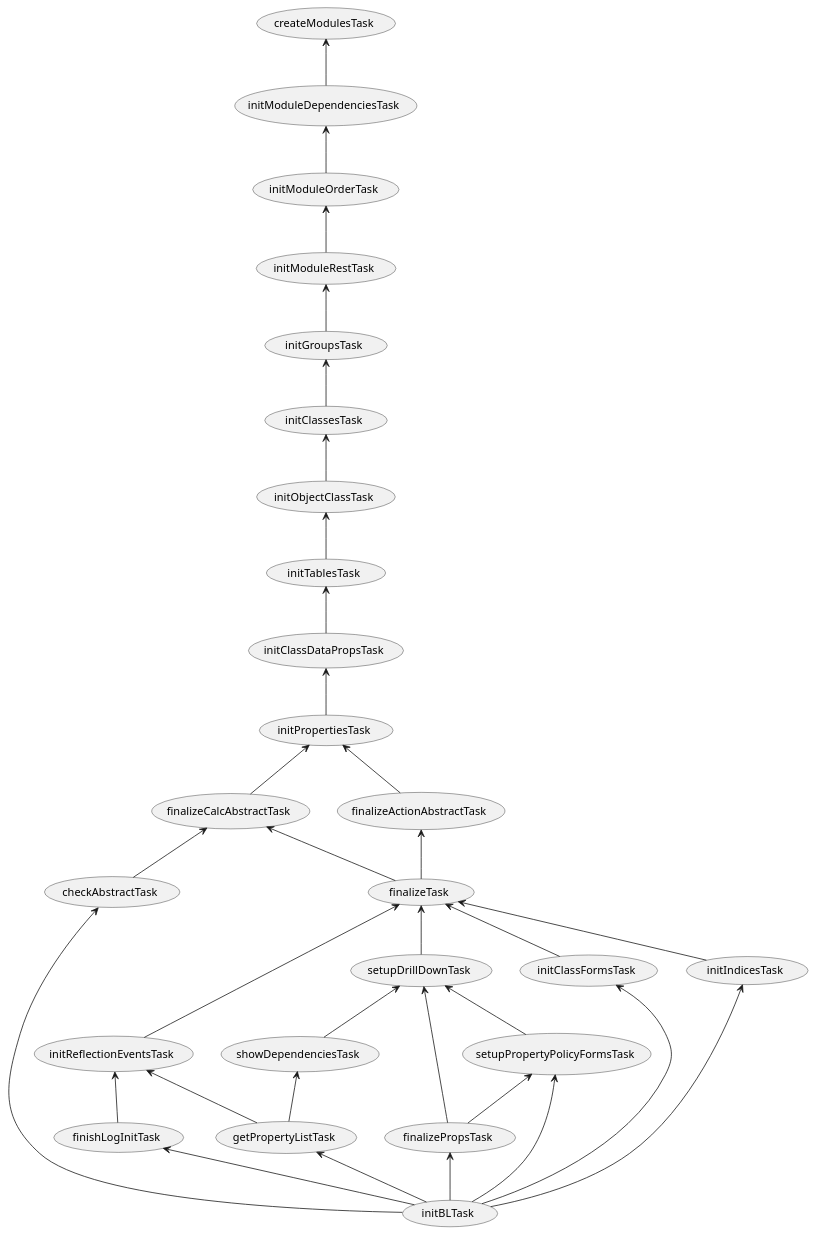
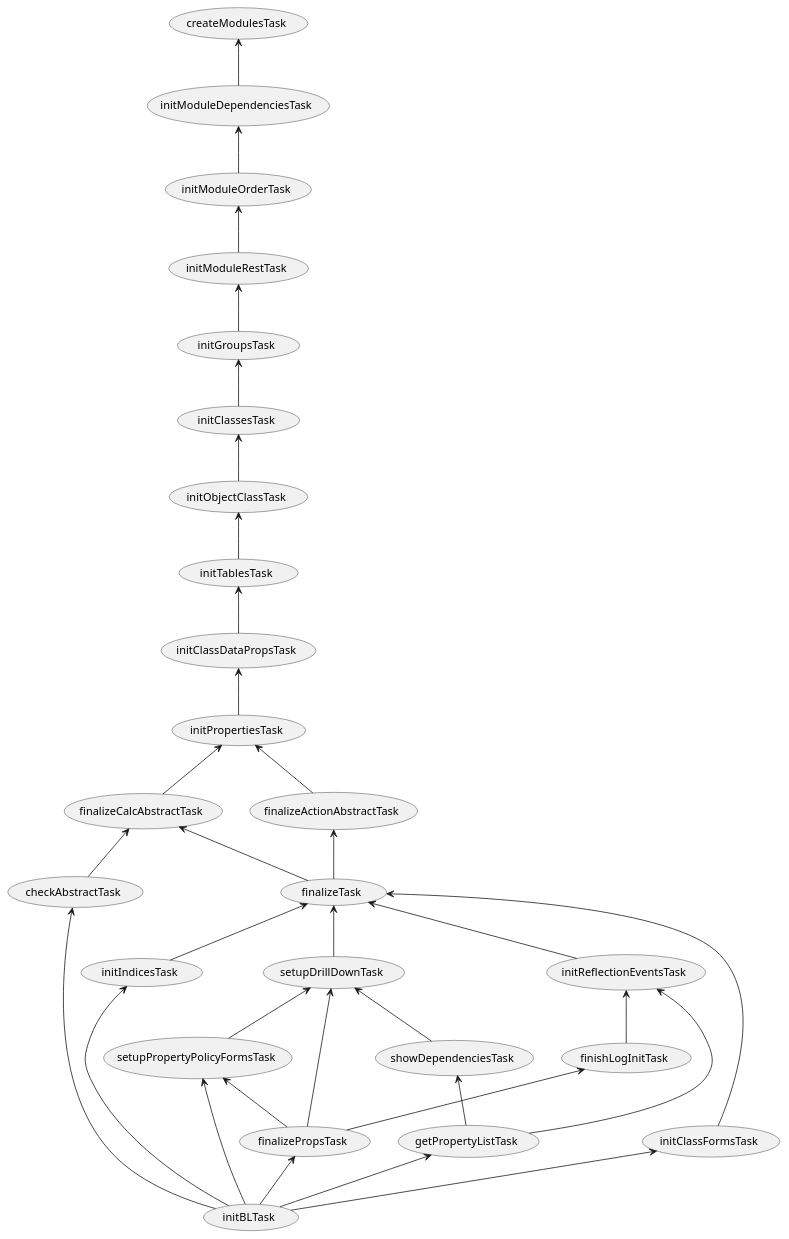
Before and after one commit to lsfusion/platform: the diagram in server/src/main/resources/settings/common-bl-settings-task-graph.puml, drawn with PlantUML. The commit also changed 1 other file, not shown here.

Commit message:
Фикс зависимостей между startup task-ами.

```diff
--- a/server/src/main/resources/settings/common-bl-settings-task-graph.puml
+++ b/server/src/main/resources/settings/common-bl-settings-task-graph.puml
@@ -5,36 +5,36 @@
 @startuml
 
 (createModulesTask) <-- (initModuleDependenciesTask)
 (initModuleDependenciesTask) <-- (initModuleOrderTask)
 (initModuleOrderTask) <-- (initModuleRestTask)
 (initModuleRestTask) <-- (initGroupsTask)
 (initGroupsTask) <-- (initClassesTask)
 (initClassesTask) <-- (initObjectClassTask)
 (initObjectClassTask) <-- (initTablesTask)
 (initTablesTask) <-- (initClassDataPropsTask)
 (initClassDataPropsTask) <-- (initPropertiesTask)
 (initPropertiesTask) <-- (finalizeCalcAbstractTask)
 (initPropertiesTask) <-- (finalizeActionAbstractTask)
 (finalizeCalcAbstractTask) <-- (checkAbstractTask)
 (finalizeCalcAbstractTask) <-- (finalizeTask)
 (finalizeActionAbstractTask) <-- (finalizeTask)
 (finalizeTask) <-- (initReflectionEventsTask)
 (initReflectionEventsTask) <-- (finishLogInitTask)
 (setupDrillDownTask) <-- (setupPropertyPolicyFormsTask)
 (finalizeTask) <-- (setupDrillDownTask)
 (setupDrillDownTask) <-- (showDependenciesTask)
 (initReflectionEventsTask) <-- (getPropertyListTask)
 (showDependenciesTask) <-- (getPropertyListTask)
 (setupDrillDownTask) <-- (finalizePropsTask)
+(finishLogInitTask) <-- (finalizePropsTask)
 (setupPropertyPolicyFormsTask) <-- (finalizePropsTask)
 (finalizeTask) <-- (initClassFormsTask)
 (finalizeTask) <-- (initIndicesTask)
 (checkAbstractTask) <-- (initBLTask)
 (getPropertyListTask) <-- (initBLTask)
 (setupPropertyPolicyFormsTask) <-- (initBLTask)
-(finishLogInitTask) <-- (initBLTask)
 (finalizePropsTask) <-- (initBLTask)
 (initIndicesTask) <-- (initBLTask)
 (initClassFormsTask) <-- (initBLTask)
 
 @enduml
```
